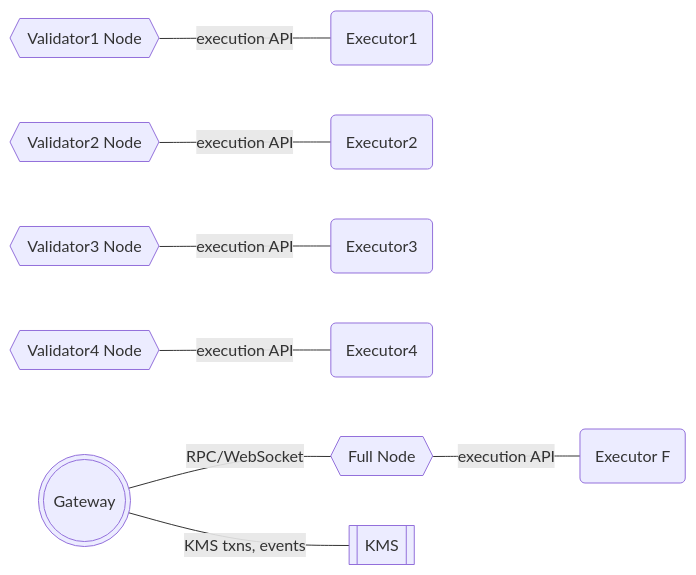
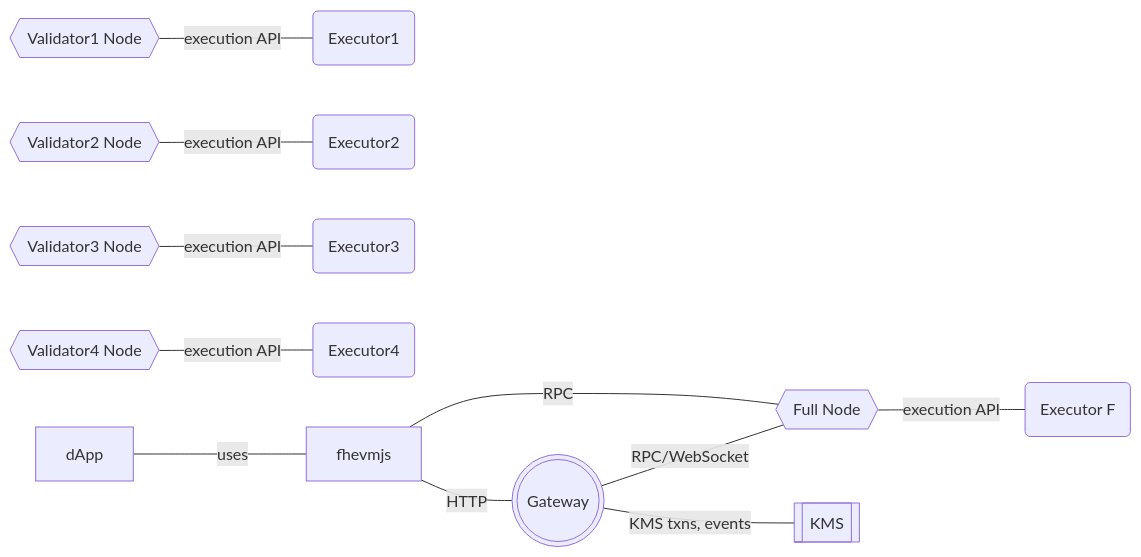
The diagram in docs/fundamentals/fhevm/architecture.md (zama-ai/fhevm-backend), drawn with Mermaid before and after one commit. The commit also changed other lines of this file and 2 other files, not shown here.

Commit message:
docs: add fhevmjs

````diff
--- a/docs/fundamentals/fhevm/architecture.md
+++ b/docs/fundamentals/fhevm/architecture.md
@@ -5,27 +5,33 @@
 ```mermaid
-graph LR;    
+graph LR;
     Validator1{{Validator1 Node}}
     Validator1-- execution API ---Executor1
     Executor1(Executor1)
 
     Validator2{{Validator2 Node}}
     Validator2-- execution API ---Executor2
     Executor2(Executor2)
 
     Validator3{{Validator3 Node}}
     Validator3-- execution API ---Executor3
     Executor3(Executor3)
 
     Validator4{{Validator4 Node}}
     Validator4-- execution API ---Executor4
     Executor4(Executor4)
 
     FullNode{{Full Node}}
     FullNode-- execution API ---ExecutorFull
     ExecutorFull(Executor F)
 
+    dApp[dApp]
+    fhevmjs[fhevmjs]
+    dApp-- uses ---fhevmjs
+    fhevmjs-- HTTP ---Gateway
+    fhevmjs-- RPC ---FullNode
+
     Gateway(((Gateway)))
     Gateway-- KMS txns, events ---KMS
     Gateway-- RPC/WebSocket ---FullNode
     KMS[[KMS]]
 ```
````
